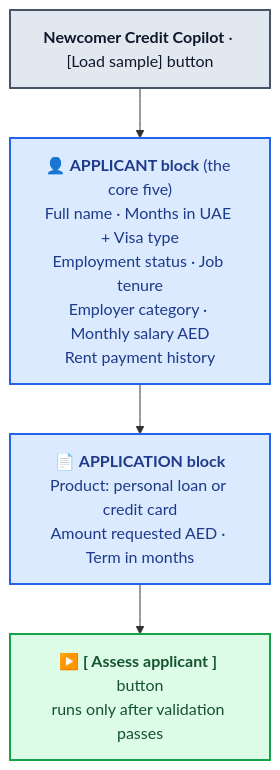
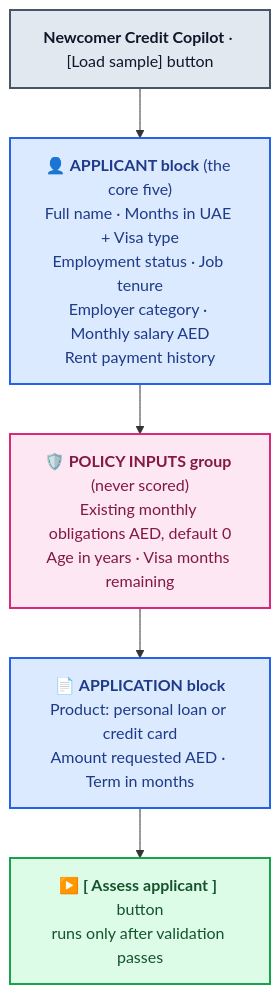
One commit to Mxjoshi/newcomer-credit-copilot changed the second of 4 diagrams in 02-design/deliverables/01-ui-flow.md. Above: the diagram before and after it, drawn with Mermaid. The commit also changed other lines of this file, not shown here.

Commit message:
Phase 2 review: policy inputs group, counterfactual block, impact view, validator edge case in UI flow

````diff
--- a/02-design/deliverables/01-ui-flow.md
+++ b/02-design/deliverables/01-ui-flow.md
@@ -40,12 +41,14 @@
 ```mermaid
 flowchart TD
     HDR["<b>Newcomer Credit Copilot</b> · [Load sample] button"]
     APP["👤 <b>APPLICANT block</b> (the core five)<br/>Full name · Months in UAE + Visa type<br/>Employment status · Job tenure<br/>Employer category · Monthly salary AED<br/>Rent payment history"]
+    POL["🛡️ <b>POLICY INPUTS group</b> (never scored)<br/>Existing monthly obligations AED, default 0<br/>Age in years · Visa months remaining"]
     REQ["📄 <b>APPLICATION block</b><br/>Product: personal loan or credit card<br/>Amount requested AED · Term in months"]
     BTN["▶️ <b>[ Assess applicant ]</b> button<br/>runs only after validation passes"]
-    HDR --> APP --> REQ --> BTN
+    HDR --> APP --> POL --> REQ --> BTN
     style HDR fill:#e2e8f0,stroke:#475569,stroke-width:2px,color:#0f172a
     style APP fill:#dbeafe,stroke:#2563eb,stroke-width:2px,color:#1e3a8a
+    style POL fill:#fce7f3,stroke:#db2777,stroke-width:2px,color:#831843
     style REQ fill:#dbeafe,stroke:#2563eb,stroke-width:2px,color:#1e3a8a
     style BTN fill:#dcfce7,stroke:#16a34a,stroke-width:2px,color:#14532d
 ```
````
